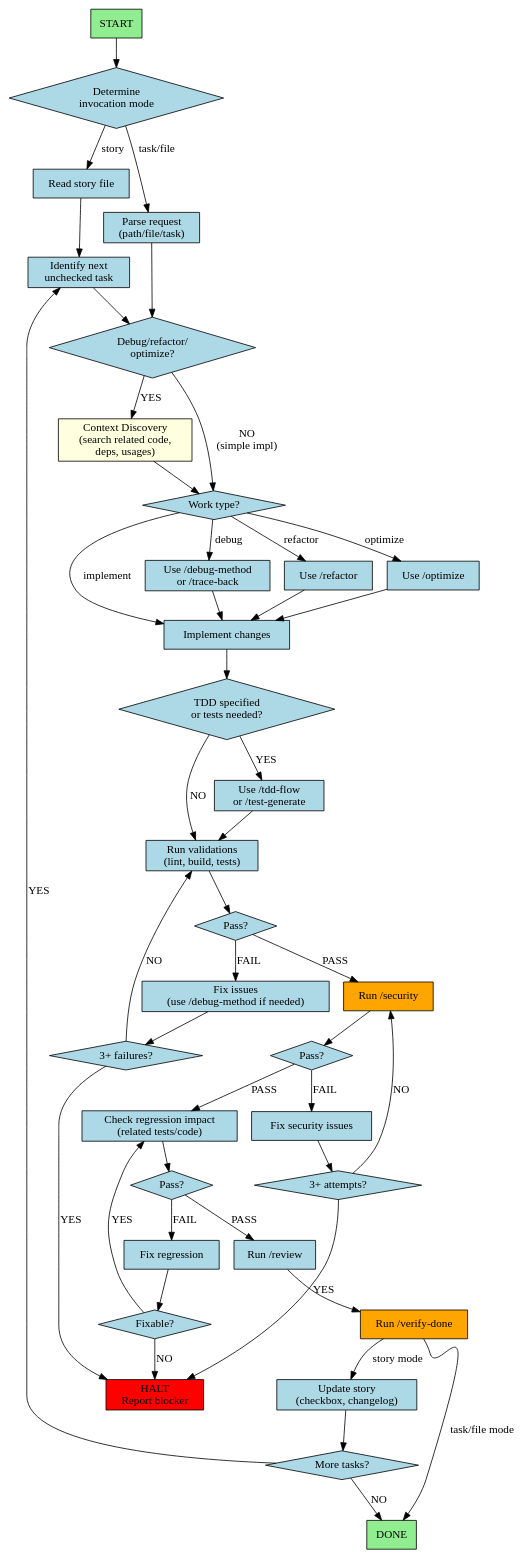
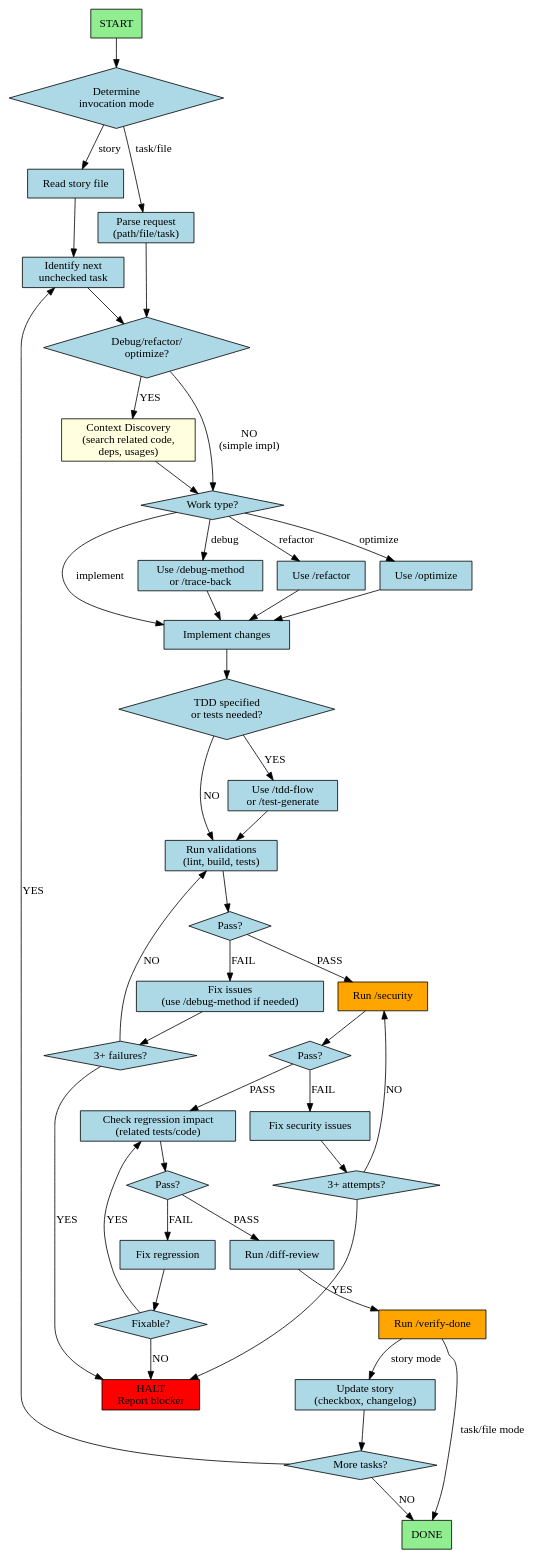
Before and after one commit to hamr0/liteagents: the diagram in packages/ampcode/agents/code-developer.md, drawn with Graphviz. The commit also changed other lines of this file and 18 other files, not shown here.

First line of the commit message:
rename /review → /diff-review (avoids Anthropic plugin collision)

```diff
--- a/packages/ampcode/agents/code-developer.md
+++ b/packages/ampcode/agents/code-developer.md
@@ -75,7 +75,7 @@
   regression_fixable [label="Fixable?", shape=diamond];
 
   // Review and complete
-  code_review [label="Run /review"];
+  code_review [label="Run /diff-review"];
   verification [label="Run /verify-done", fillcolor=orange];
 
   // Story-specific
```
